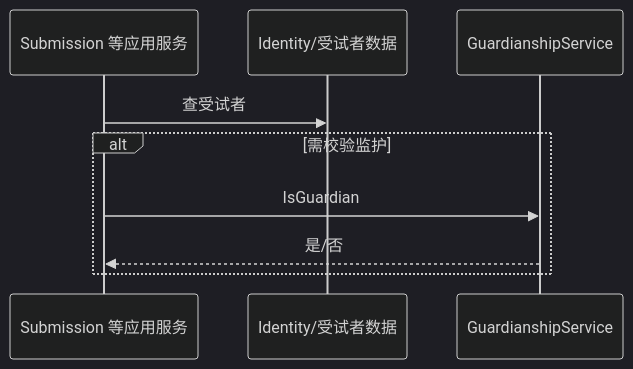
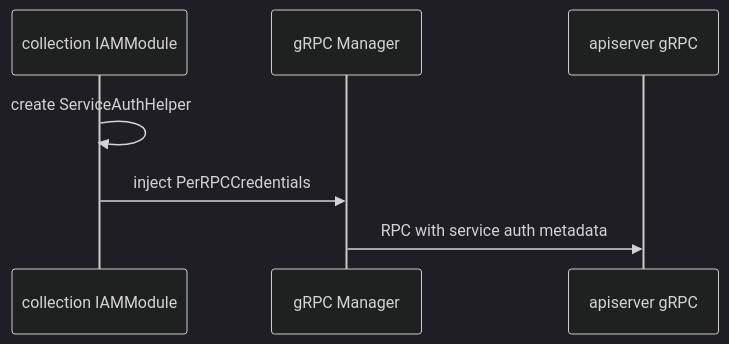
The third of 4 diagrams in docs/01-运行时/05-IAM认证与身份链路.md (FangcunMount/qs-server), drawn with Mermaid (dark theme) before and after one commit. The commit also changed other lines of this file and 18 other files, not shown here.

````diff
--- a/docs/01-运行时/05-IAM认证与身份链路.md
+++ b/docs/01-运行时/05-IAM认证与身份链路.md
@@ -99,12 +199,10 @@
 ```mermaid
 sequenceDiagram
-    participant S as Submission 等应用服务
-    participant I as Identity/受试者数据
-    participant G as GuardianshipService
+    participant C as collection IAMModule
+    participant G as gRPC Manager
+    participant A as apiserver gRPC
 
-    S->>I: 查受试者
-    alt 需校验监护
-        S->>G: IsGuardian
-        G-->>S: 是/否
-    end
+    C->>C: create ServiceAuthHelper
+    C->>G: inject PerRPCCredentials
+    G->>A: RPC with service auth metadata
 ```
````
